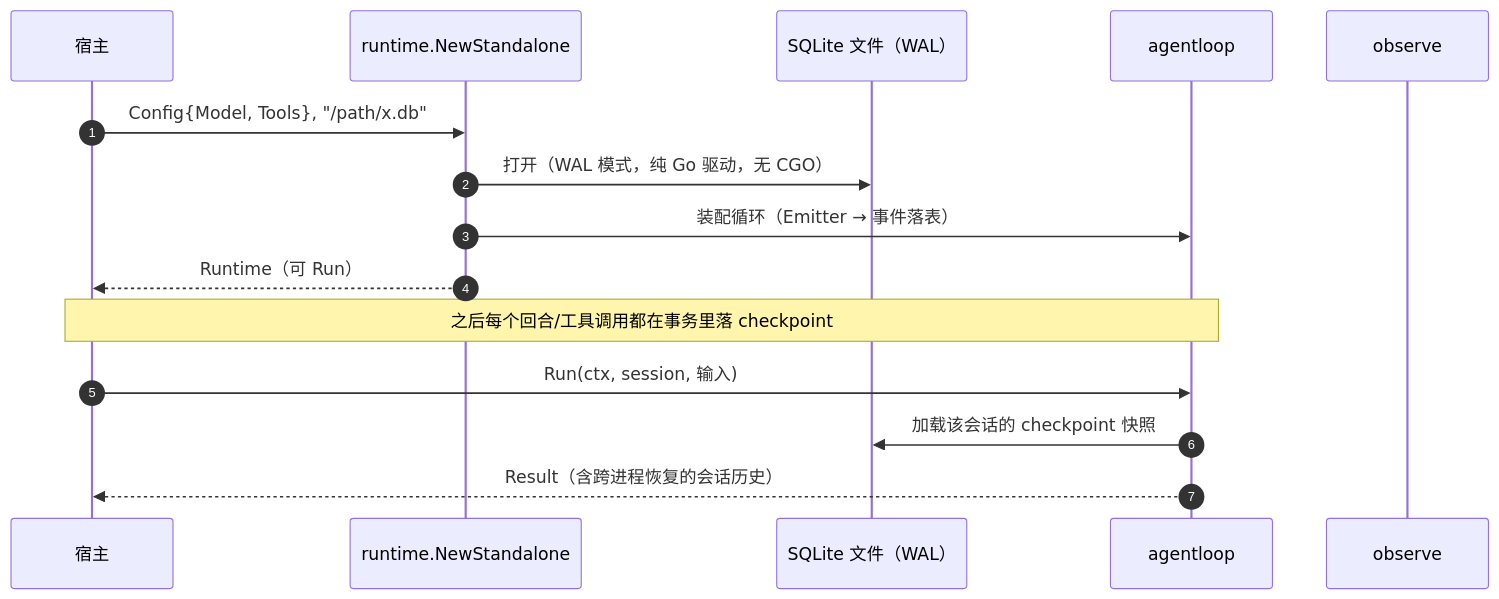
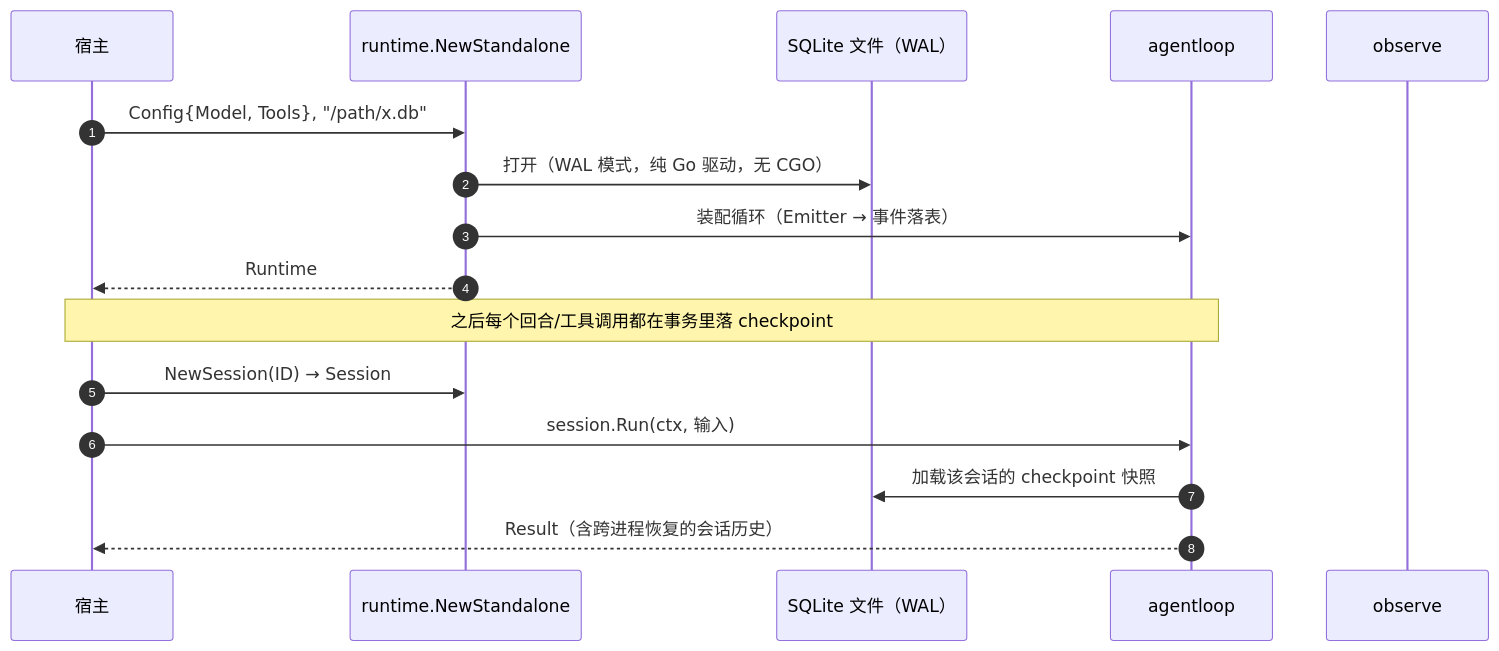
One commit to oagentkit/goagent-runtime changed the diagram in site/src/templates/standalone.md. Above: the diagram before and after it, drawn with Mermaid. The commit also changed other lines of this file and 10 other files, not shown here.

````diff
--- a/site/src/templates/standalone.md
+++ b/site/src/templates/standalone.md
@@ -7,18 +7,19 @@
 ```mermaid
 sequenceDiagram
     autonumber
     participant U as 宿主
     participant RT as runtime.NewStandalone
     participant DB as SQLite 文件（WAL）
     participant LP as agentloop
     participant OB as observe
 
     U->>RT: Config{Model, Tools}, "/path/x.db"
     RT->>DB: 打开（WAL 模式，纯 Go 驱动，无 CGO）
     RT->>LP: 装配循环（Emitter → 事件落表）
-    RT-->>U: Runtime（可 Run）
+    RT-->>U: Runtime
     Note over U,LP: 之后每个回合/工具调用都在事务里落 checkpoint
-    U->>LP: Run(ctx, session, 输入)
+    U->>RT: NewSession(ID) → Session
+    U->>LP: session.Run(ctx, 输入)
     LP->>DB: 加载该会话的 checkpoint 快照
     LP-->>U: Result（含跨进程恢复的会话历史）
 ```
````
